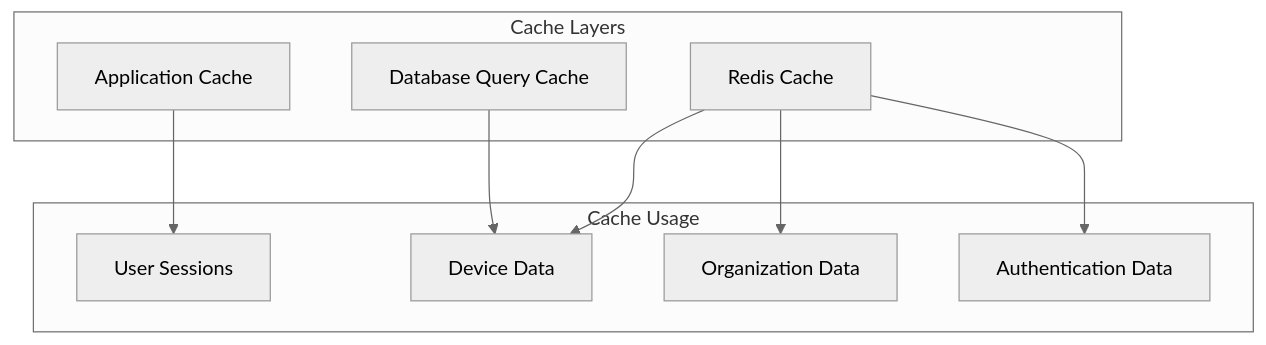
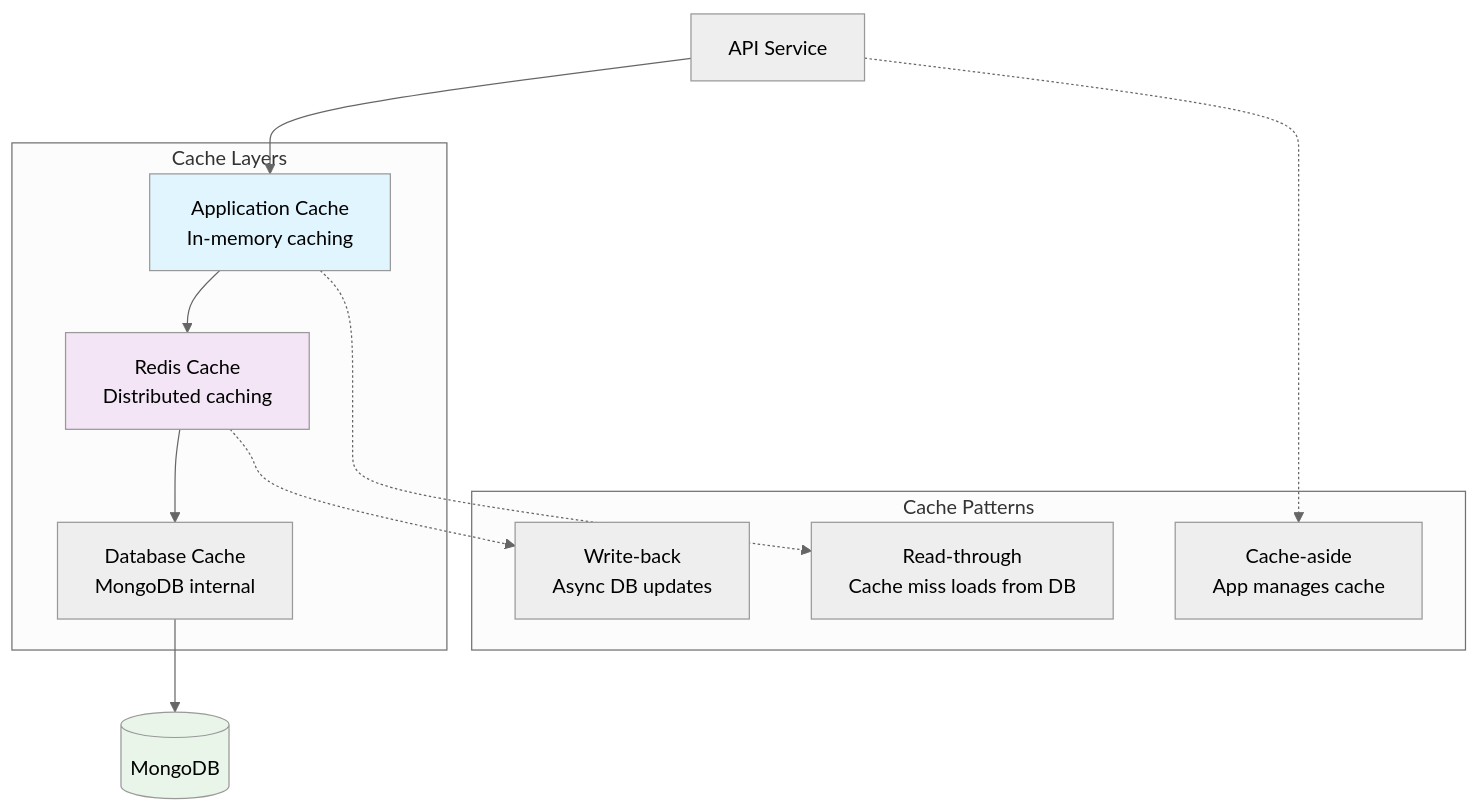
One commit to flamingo-stack/openframe-oss-lib changed the tenth of 13 diagrams in docs/development/architecture/overview.md. Above: the diagram before and after it, drawn with Mermaid (neutral theme). The commit also changed other lines of this file and 12 other files, not shown here.

````diff
--- a/docs/development/architecture/overview.md
+++ b/docs/development/architecture/overview.md
@@ -672,21 +564,27 @@
 ```mermaid
-graph TB
+graph TD
     subgraph "Cache Layers"
-        APP_CACHE[Application Cache]
-        REDIS_CACHE[Redis Cache]
-        DB_CACHE[Database Query Cache]
+        L1[Application Cache<br/>In-memory caching]
+        L2[Redis Cache<br/>Distributed caching]
+        L3[Database Cache<br/>MongoDB internal]
     end
     
-    subgraph "Cache Usage"
-        SESSION[User Sessions]
-        DEVICE[Device Data]
-        ORG[Organization Data]
-        AUTH[Authentication Data]
+    subgraph "Cache Patterns"
+        ReadThrough[Read-through<br/>Cache miss loads from DB]
+        WriteBack[Write-back<br/>Async DB updates]
+        CacheAside[Cache-aside<br/>App manages cache]
     end
     
-    APP_CACHE --> SESSION
-    REDIS_CACHE --> DEVICE
-    REDIS_CACHE --> ORG
-    REDIS_CACHE --> AUTH
-    DB_CACHE --> DEVICE
+    API[API Service] --> L1
+    L1 --> L2
+    L2 --> L3
+    L3 --> Database[(MongoDB)]
+    
+    L1 -.-> ReadThrough
+    L2 -.-> WriteBack
+    API -.-> CacheAside
+    
+    style L1 fill:#e1f5fe
+    style L2 fill:#f3e5f5
+    style Database fill:#e8f5e8
 ```
````
